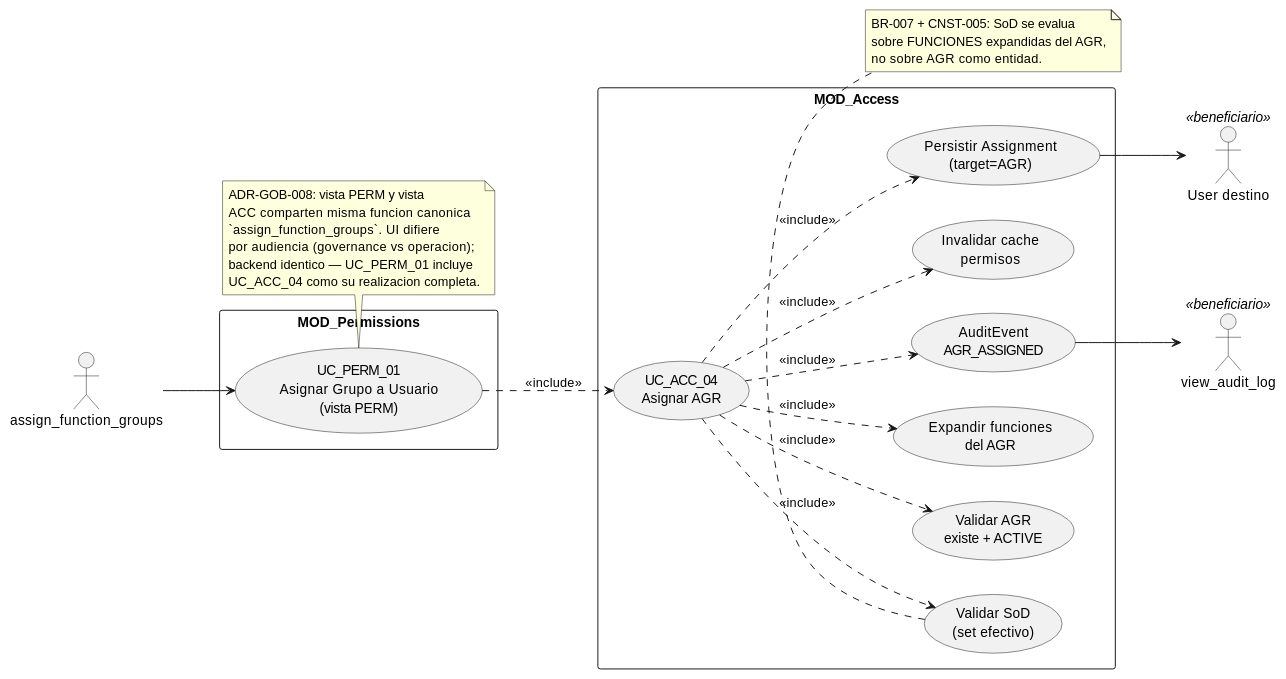
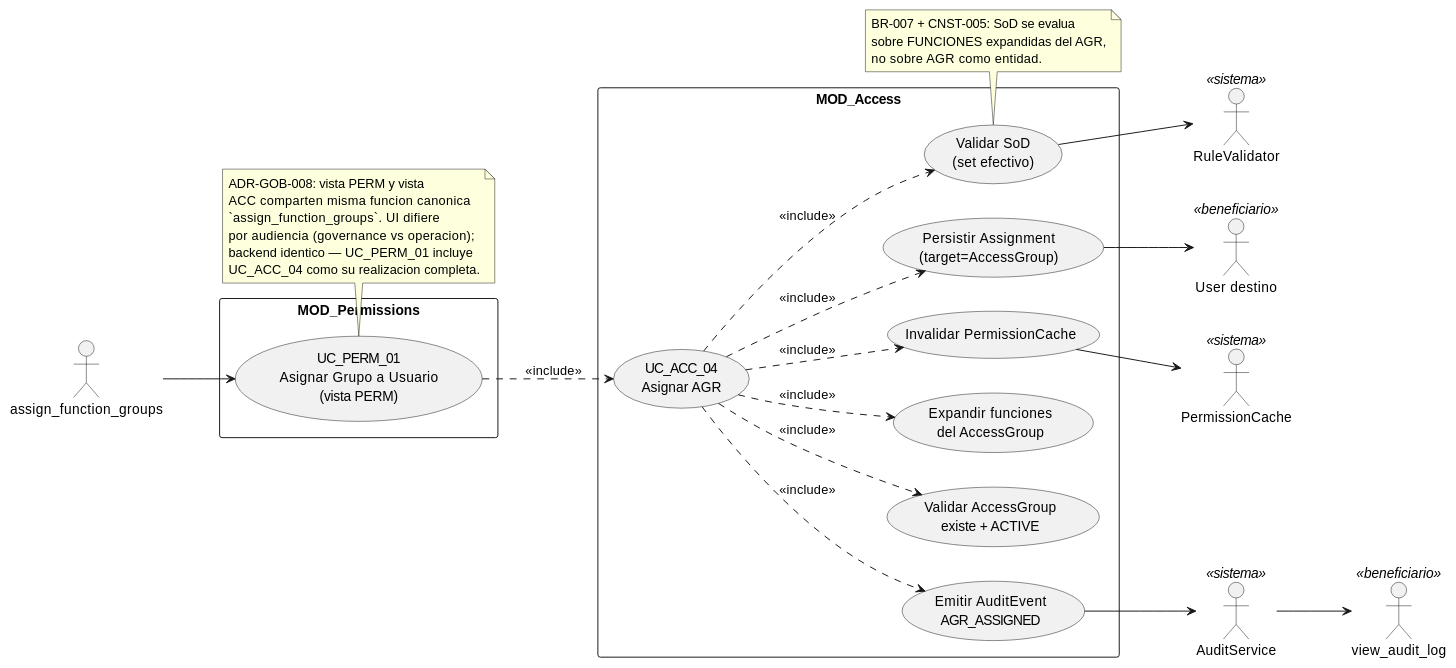
The diagram in source/requisitos/casos-uso/permissions/uc-perm-01/diagramas-uml/diagrama-de-caso-de-uso.rst (jcg-admin/IACT-docs), drawn with PlantUML before and after one commit. The commit also changed other lines of this file and 52 other files, not shown here.

```diff
--- a/source/requisitos/casos-uso/permissions/uc-perm-01/diagramas-uml/diagrama-de-caso-de-uso.rst
+++ b/source/requisitos/casos-uso/permissions/uc-perm-01/diagramas-uml/diagrama-de-caso-de-uso.rst
@@ -4,53 +4,59 @@
 .. uml::
  :caption: UC_PERM_01 — vista PERM de UC_ACC_04
 
  @startuml
 
  left to right direction
 
  actor "assign_function_groups" as INVOKER
  actor "User destino" as TARGET <<beneficiario>>
  actor "view_audit_log" as view_audit_log <<beneficiario>>
+ actor "RuleValidator" as RV <<sistema>>
+ actor "PermissionCache" as PC <<sistema>>
+ actor "AuditService" as AS <<sistema>>
 
  rectangle "MOD_Permissions" {
    usecase "UC_PERM_01\nAsignar Grupo a Usuario\n(vista PERM)" as UC_PERM_01
  }
 
  rectangle "MOD_Access" {
    usecase "UC_ACC_04\nAsignar AGR" as UC_ACC_04
-   usecase "Validar AGR\nexiste + ACTIVE" as VALIDAR_AGRUPADOR
-   usecase "Expandir funciones\ndel AGR" as EXPANDIR
+   usecase "Validar AccessGroup\nexiste + ACTIVE" as VALIDAR_AGRUPADOR
+   usecase "Expandir funciones\ndel AccessGroup" as EXPANDIR
    usecase "Validar SoD\n(set efectivo)" as VALIDAR_SOD
-   usecase "Persistir Assignment\n(target=AGR)" as PERSISTIR
-   usecase "Invalidar cache\npermisos" as CACHE_PERMISOS
-   usecase "AuditEvent\nAGR_ASSIGNED" as AUDIT
+   usecase "Persistir Assignment\n(target=AccessGroup)" as PERSISTIR
+   usecase "Invalidar PermissionCache" as CACHE_INV
+   usecase "Emitir AuditEvent\nAGR_ASSIGNED" as AUDIT
  }
 
  INVOKER --> UC_PERM_01
  UC_PERM_01 ..> UC_ACC_04 : <<include>>
  UC_ACC_04 ..> VALIDAR_AGRUPADOR : <<include>>
  UC_ACC_04 ..> EXPANDIR : <<include>>
  UC_ACC_04 ..> VALIDAR_SOD : <<include>>
  UC_ACC_04 ..> PERSISTIR : <<include>>
- UC_ACC_04 ..> CACHE_PERMISOS : <<include>>
+ UC_ACC_04 ..> CACHE_INV : <<include>>
  UC_ACC_04 ..> AUDIT : <<include>>
 
- AUDIT --> view_audit_log
+ VALIDAR_SOD --> RV
+ CACHE_INV --> PC
+ AUDIT --> AS
+ AS --> view_audit_log
  PERSISTIR --> TARGET
 
  note bottom of UC_PERM_01
    ADR-GOB-008: vista PERM y vista
    ACC comparten misma funcion canonica
    `assign_function_groups`. UI difiere
    por audiencia (governance vs operacion);
    backend identico — UC_PERM_01 incluye
    UC_ACC_04 como su realizacion completa.
  end note
 
  note bottom of VALIDAR_SOD
    BR-007 + CNST-005: SoD se evalua
    sobre FUNCIONES expandidas del AGR,
    no sobre AGR como entidad.
  end note
 
  @enduml
```
